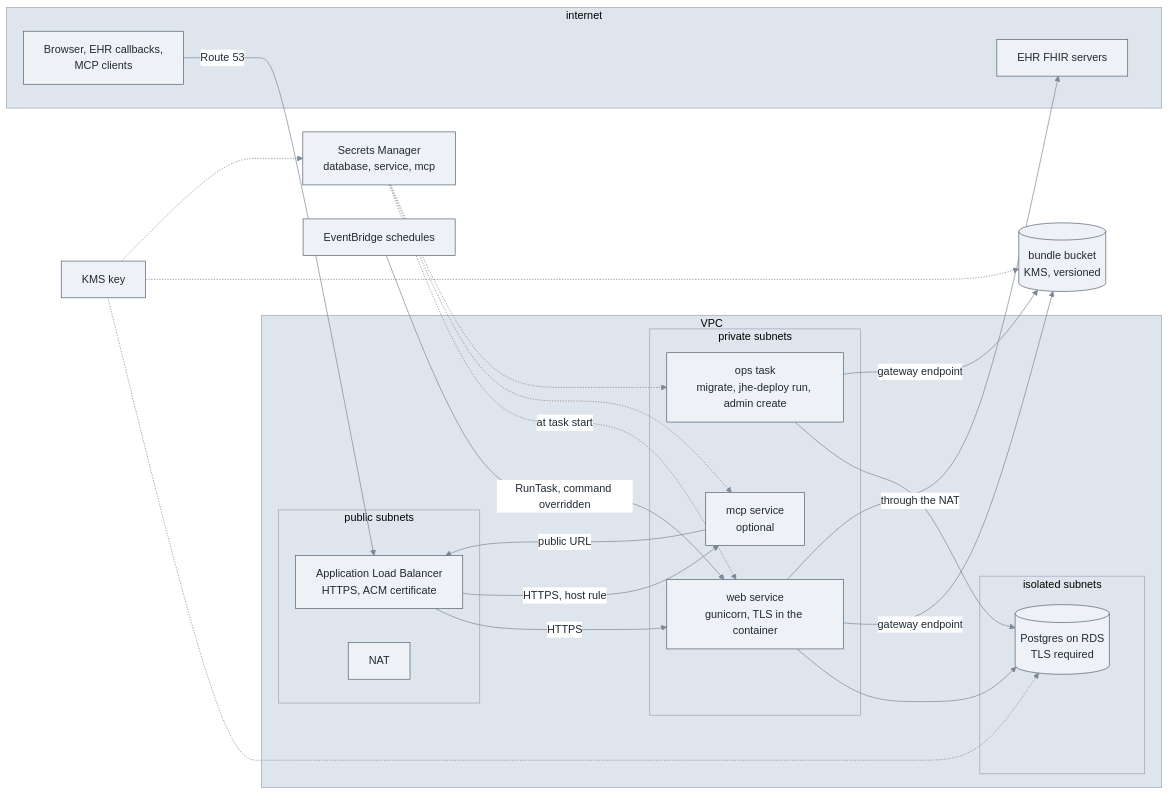
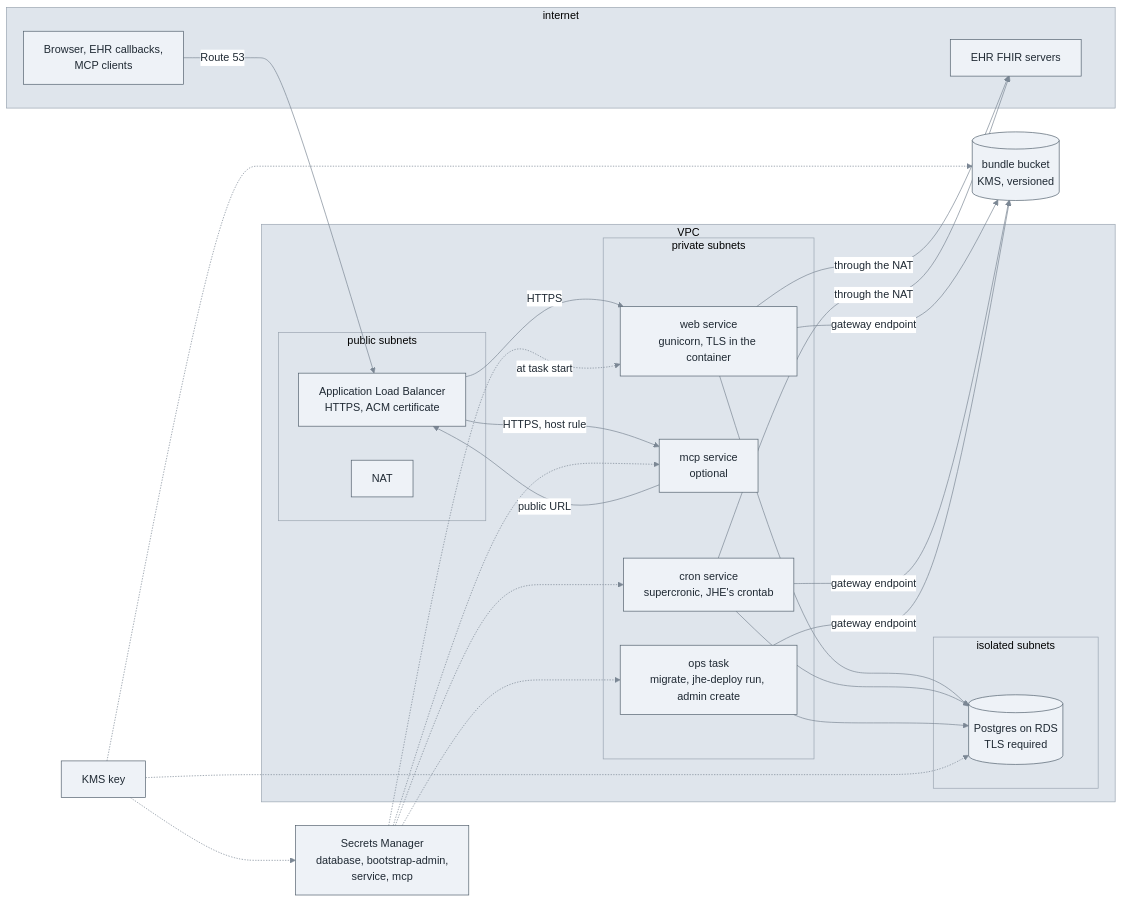
Before and after one commit to grugna/jupyterhealth-exchange-aws: the diagram in README.md, drawn with Mermaid. The commit also changed other lines of this file and 1 other file, not shown here.

First line of the commit message:
README: design, standing one up, operating and reference as four parts; JHE's requirements in their own document

````diff
--- a/README.md
+++ b/README.md
@@ -12,43 +28,46 @@
 ```mermaid
 %%{init: {"theme": "base", "themeVariables": {"primaryColor": "#eef2f7", "primaryTextColor": "#1f2933", "primaryBorderColor": "#52606d", "lineColor": "#7b8794", "clusterBkg": "#dfe5ec", "clusterBorder": "#9aa5b1", "edgeLabelBackground": "#ffffff", "fontFamily": "sans-serif"}}}%%
 flowchart LR
     subgraph internet["internet"]
         browser[Browser, EHR callbacks,<br/>MCP clients]
         ehr[EHR FHIR servers]
     end
     subgraph vpc["VPC"]
         subgraph public["public subnets"]
             alb[Application Load Balancer<br/>HTTPS, ACM certificate]
             nat[NAT]
         end
         subgraph private["private subnets"]
             web[web service<br/>gunicorn, TLS in the container]
             mcp[mcp service<br/>optional]
+            cron[cron service<br/>supercronic, JHE's crontab]
             ops[ops task<br/>migrate, jhe-deploy run, admin create]
         end
         subgraph isolated["isolated subnets"]
             db[(Postgres on RDS<br/>TLS required)]
         end
     end
     s3[(bundle bucket<br/>KMS, versioned)]
-    secrets[Secrets Manager<br/>database, service, mcp]
+    secrets[Secrets Manager<br/>database, bootstrap-admin,<br/>service, mcp]
     kms[KMS key]
-    events[EventBridge schedules]
 
     browser -->|Route 53| alb
     alb -->|HTTPS| web
     alb -->|HTTPS, host rule| mcp
     web --> db
+    cron --> db
     ops --> db
     web -->|gateway endpoint| s3
+    cron -->|gateway endpoint| s3
     ops -->|gateway endpoint| s3
     web -->|through the NAT| ehr
+    cron -->|through the NAT| ehr
     mcp -->|public URL| alb
-    events -->|RunTask, command overridden| web
     secrets -.->|at task start| web
+    secrets -.-> cron
     secrets -.-> mcp
     secrets -.-> ops
     kms -.-> db
     kms -.-> s3
     kms -.-> secrets
 ```
````
